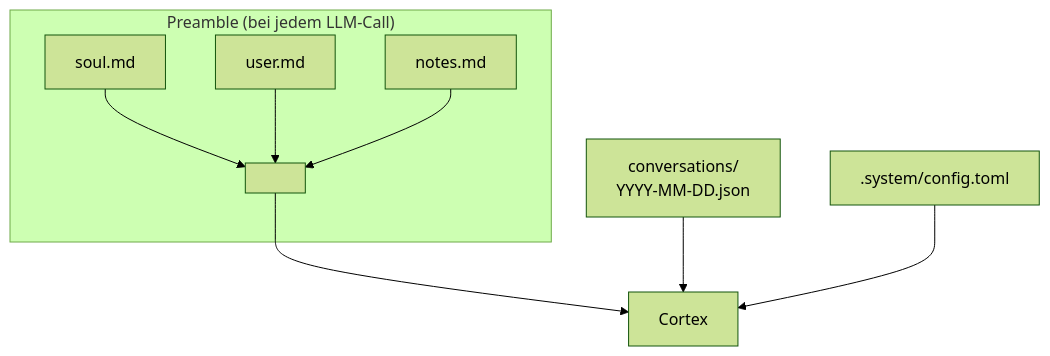
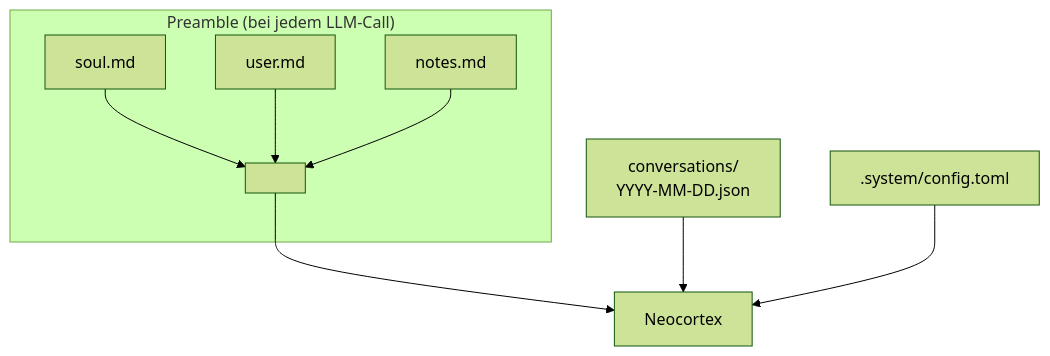
One commit to Superheld/aiux changed the fifth of 7 diagrams in docs/ARCHITECTURE.md. Above: the diagram before and after it, drawn with Mermaid (forest theme). The commit also changed other lines of this file and 15 other files, not shown here.

First line of the commit message:
feat(shell): ShellTool + Rename cortex → neocortex (Phase E)

````diff
--- a/docs/ARCHITECTURE.md
+++ b/docs/ARCHITECTURE.md
@@ -161,11 +161,11 @@
 ```mermaid
 flowchart TD
   subgraph Preamble["Preamble (bei jedem LLM-Call)"]
     soul.md --> P[" "]
     user.md --> P
     notes.md --> P
   end
-  P --> Cortex
-  Conv["conversations/\nYYYY-MM-DD.json"] --> Cortex
-  Config[".system/config.toml"] --> Cortex
+  P --> Neocortex
+  Conv["conversations/\nYYYY-MM-DD.json"] --> Neocortex
+  Config[".system/config.toml"] --> Neocortex
 ```
````
